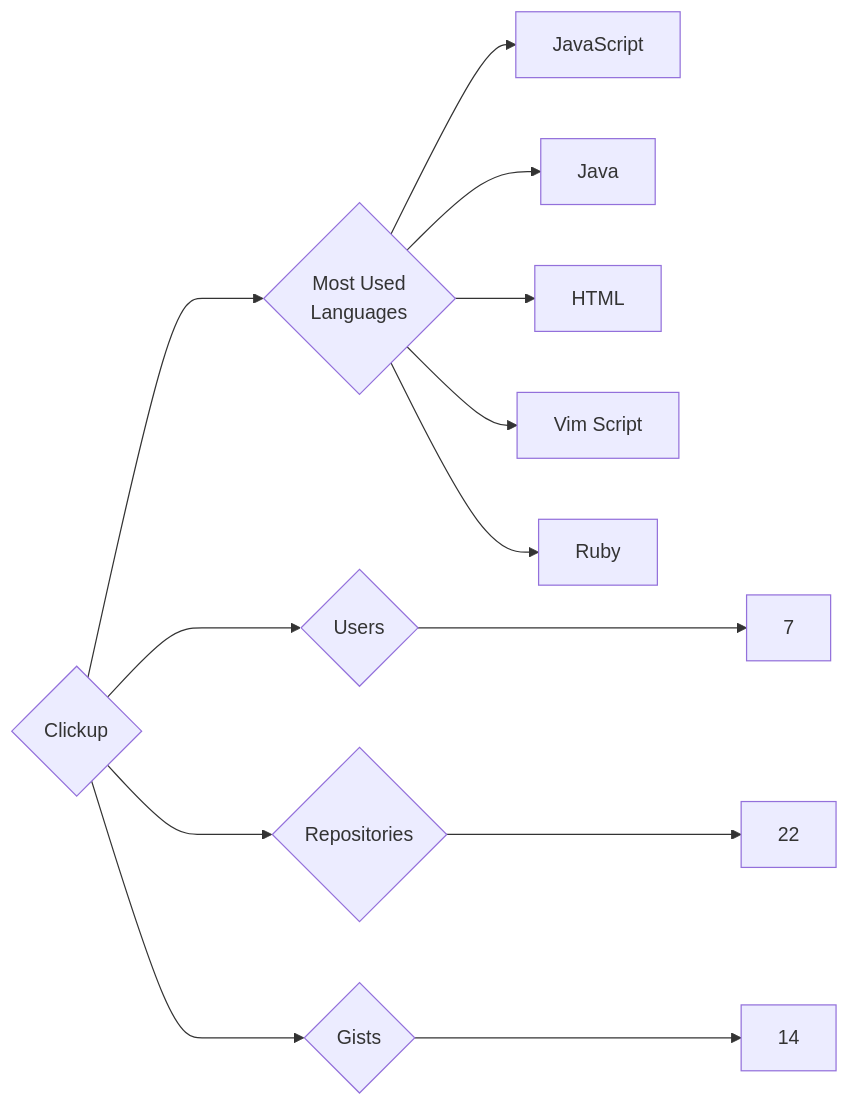
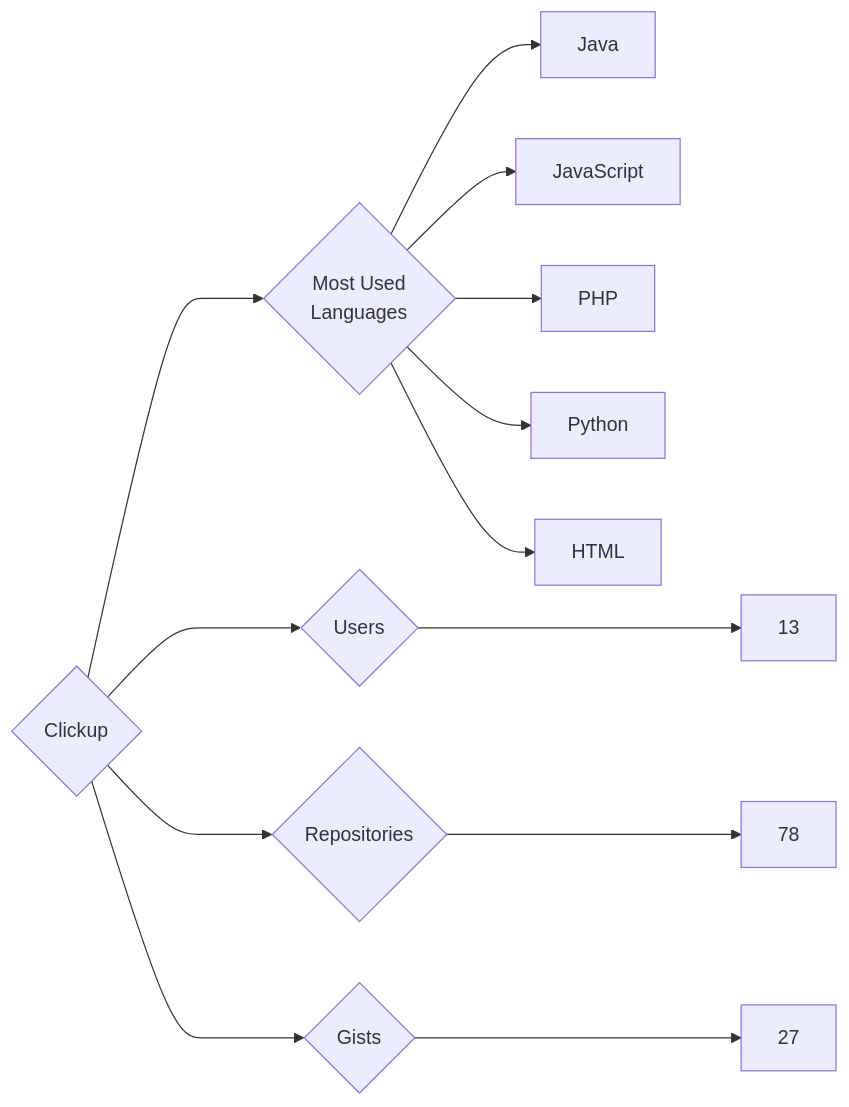
One commit to trickest/insiders changed the diagram in targets/Clickup/README.md. Above: the diagram before and after it, drawn with Mermaid. The commit also changed 1120 other files, not shown here.

````diff
--- a/targets/Clickup/README.md
+++ b/targets/Clickup/README.md
@@ -3,13 +3,13 @@
 ```mermaid
 graph LR
 COMPANY_NAME{Clickup}
-COMPANY_NAME ---> U{Users} ---> UN[7]
-COMPANY_NAME ---> R{Repositories} ---> RN[22]
-COMPANY_NAME ---> G{Gists} ---> GN[14]
+COMPANY_NAME ---> U{Users} ---> UN[13]
+COMPANY_NAME ---> R{Repositories} ---> RN[78]
+COMPANY_NAME ---> G{Gists} ---> GN[27]
 COMPANY_NAME ---> ML{Most Used<br>Languages}
+ML --> Java[Java]
 ML --> JavaScript[JavaScript]
-ML --> Java[Java]
+ML --> PHP[PHP]
+ML --> Python[Python]
 ML --> HTML[HTML]
-ML --> Vim_Script[Vim Script]
-ML --> Ruby[Ruby]
 ```
````
